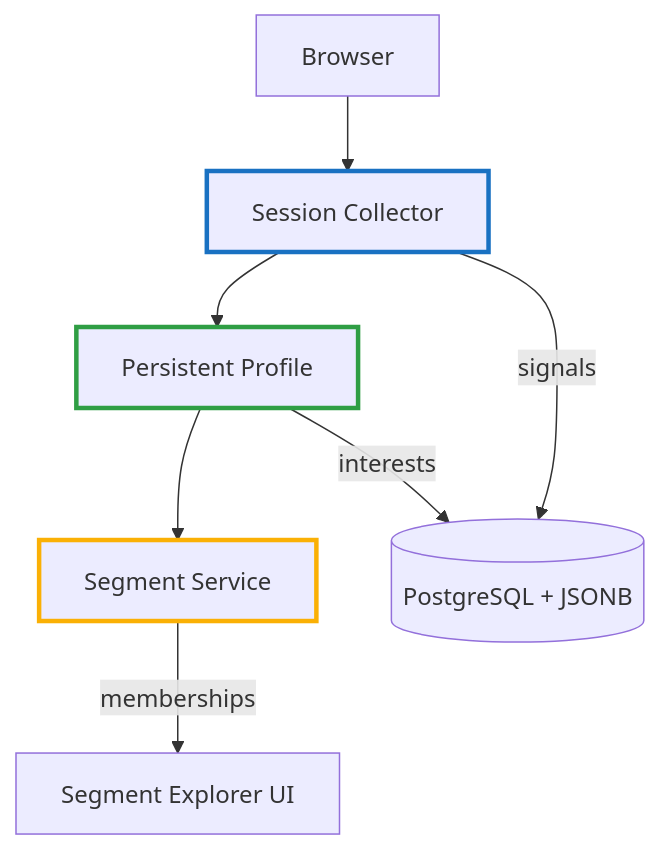
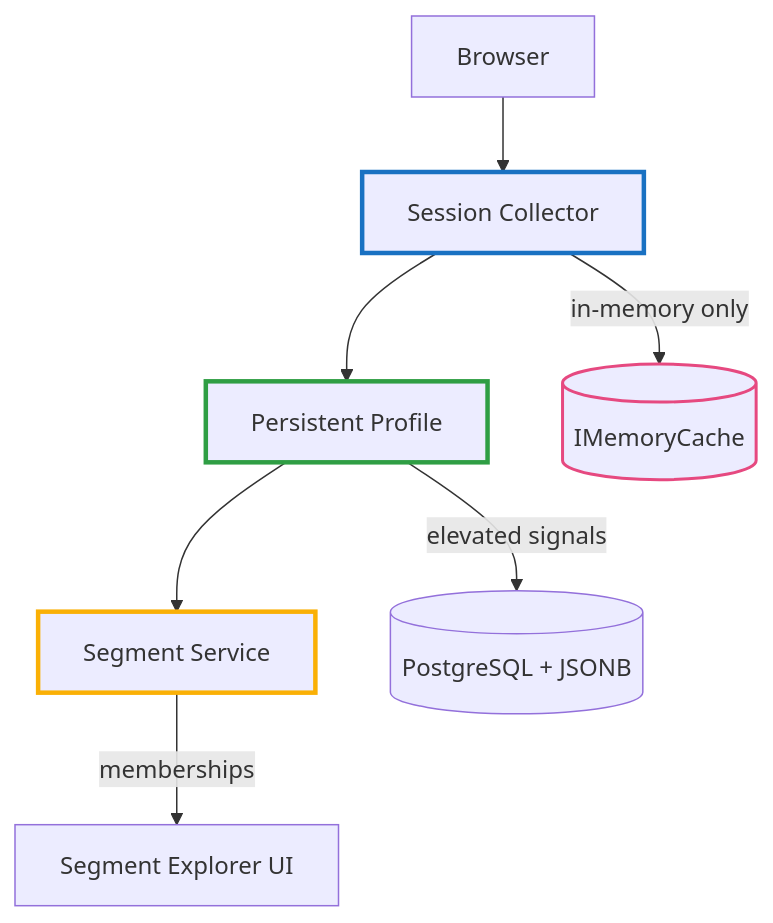
One commit to Shaddix/mostlylucidweb changed the third of 6 diagrams in Mostlylucid/Markdown/zero-pii-customer-intelligence-part2.md. Above: the diagram before and after it, drawn with Mermaid. The commit also changed other lines of this file and 29 other files, not shown here.

````diff
--- a/Mostlylucid/Markdown/zero-pii-customer-intelligence-part2.md
+++ b/Mostlylucid/Markdown/zero-pii-customer-intelligence-part2.md
@@ -84,14 +113,15 @@
 ```mermaid
 flowchart TB
     Browser[Browser] --> Session[Session Collector]
     Session --> Profile[Persistent Profile]
     Profile --> Segments[Segment Service]
     
-    Session -->|signals| DB[(PostgreSQL + JSONB)]
-    Profile -->|interests| DB
+    Session -->|in-memory only| Cache[(IMemoryCache)]
+    Profile -->|elevated signals| DB[(PostgreSQL + JSONB)]
     Segments -->|memberships| UI[Segment Explorer UI]
     
     style Session stroke:#1971c2,stroke-width:3px
     style Profile stroke:#2f9e44,stroke-width:3px
     style Segments stroke:#fab005,stroke-width:3px
+    style Cache stroke:#e64980,stroke-width:2px
 ```
````
